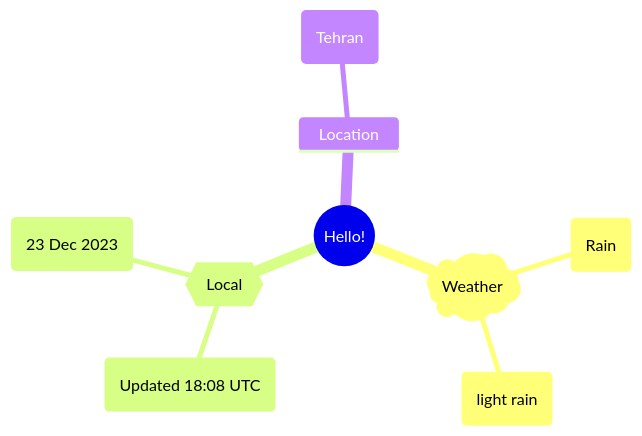
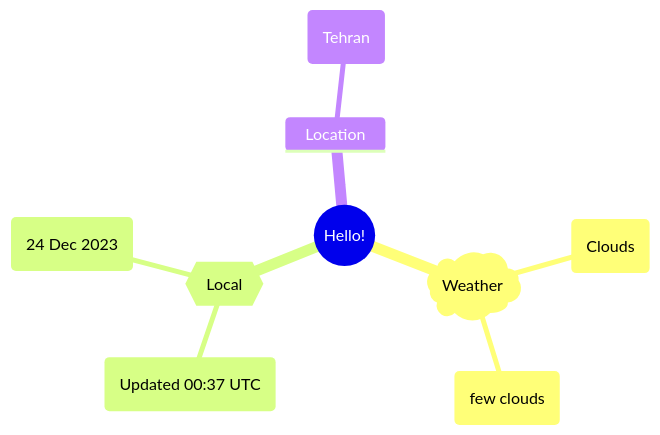
One commit to Xosrov/Xosrov changed the first of 2 diagrams in README.md. Above: the diagram before and after it, drawn with Mermaid.

Commit message:
[bot] updated images

````diff
--- a/README.md
+++ b/README.md
@@ -3,12 +3,12 @@
 ```mermaid
 mindmap
   root((Hello!))
     )Weather(
-        (Rain)
-        (light rain)
+        (Clouds)
+        (few clouds)
     {{Local}}
-        (Updated 18:08 UTC)
-        (23 Dec 2023)
+        (Updated 00:37 UTC)
+        (24 Dec 2023)
     Location
         (Tehran)
 ```
````
